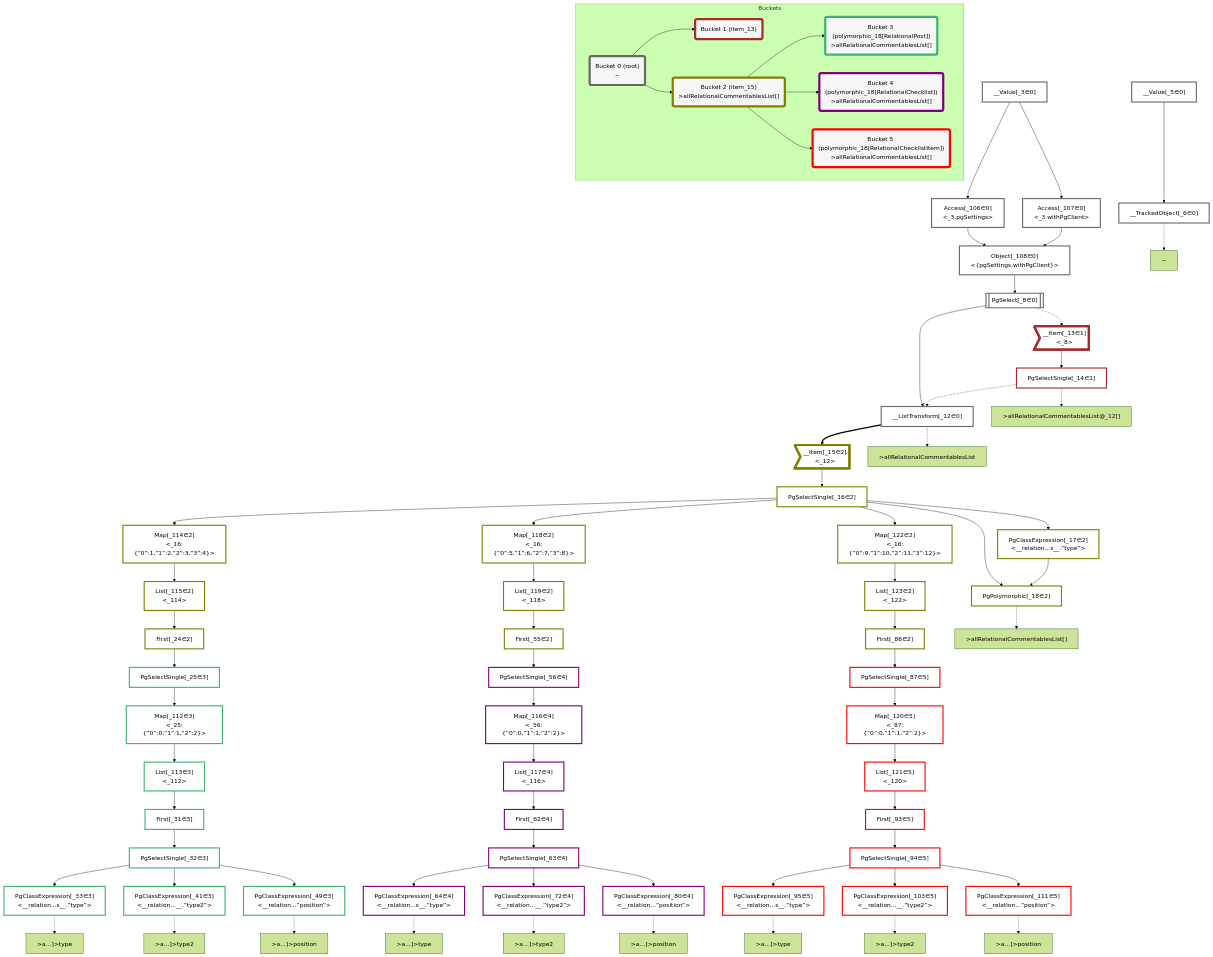
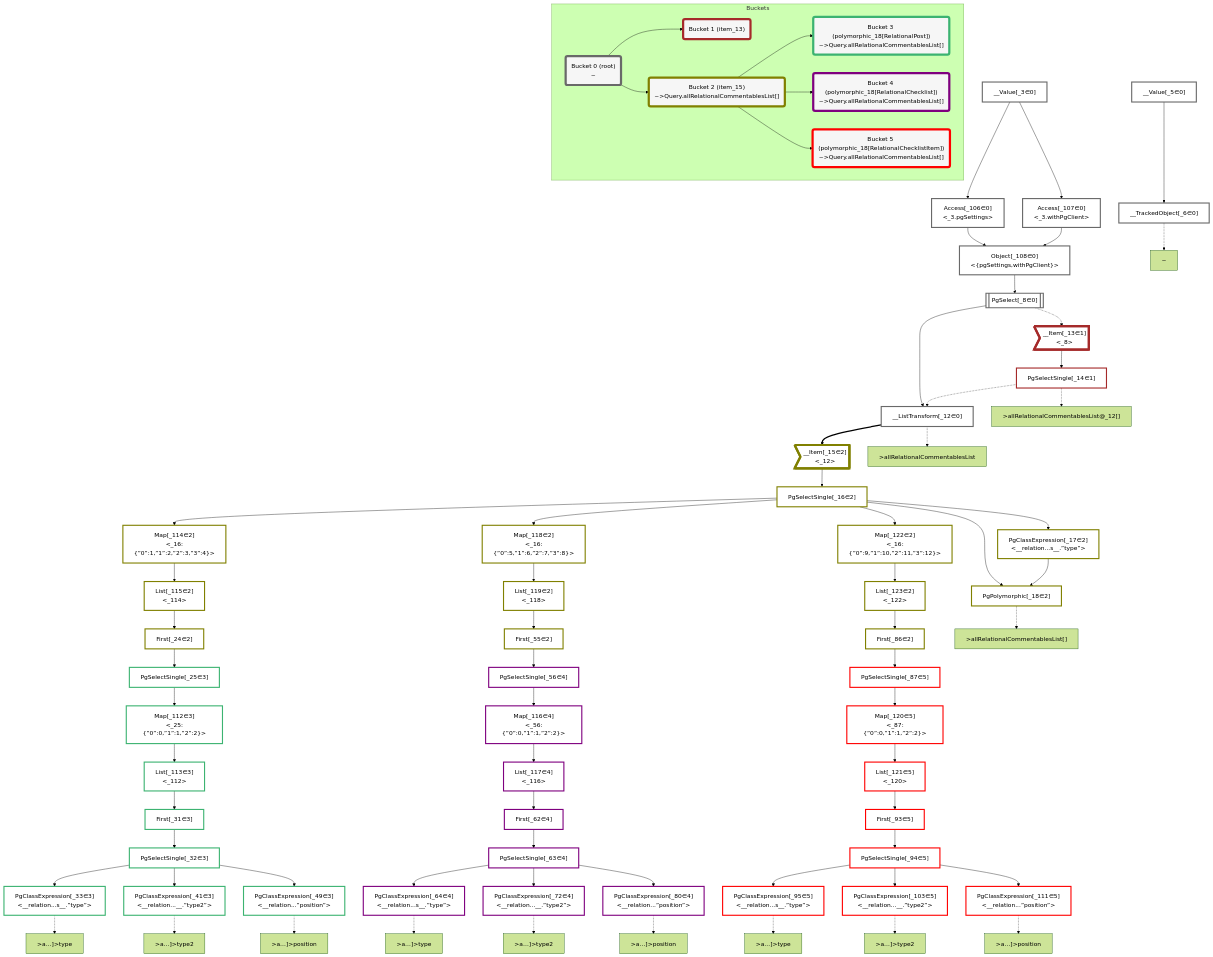
One commit to graphile/crystal changed the diagram in packages/dataplan-pg/__tests__/queries/interfaces-relational/commentables-simple.mermaid.md. Above: the diagram before and after it, drawn with Mermaid (forest theme). The commit also changed 141 other files, not shown here.

```diff
--- a/packages/dataplan-pg/__tests__/queries/interfaces-relational/commentables-simple.mermaid.md
+++ b/packages/dataplan-pg/__tests__/queries/interfaces-relational/commentables-simple.mermaid.md
@@ -154,16 +154,16 @@
     Bucket1("Bucket 1 (item_13)"):::bucket
     style Bucket1 stroke:#a52a2a
     Bucket0 --> Bucket1
-    Bucket2("Bucket 2 (item_15)<br />>allRelationalCommentablesList[]"):::bucket
+    Bucket2("Bucket 2 (item_15)<br />~>Query.allRelationalCommentablesList[]"):::bucket
     style Bucket2 stroke:#808000
     Bucket0 --> Bucket2
-    Bucket3("Bucket 3 (polymorphic_18[RelationalPost])<br />>allRelationalCommentablesList[]"):::bucket
+    Bucket3("Bucket 3 (polymorphic_18[RelationalPost])<br />~>Query.allRelationalCommentablesList[]"):::bucket
     style Bucket3 stroke:#3cb371
     Bucket2 --> Bucket3
-    Bucket4("Bucket 4 (polymorphic_18[RelationalChecklist])<br />>allRelationalCommentablesList[]"):::bucket
+    Bucket4("Bucket 4 (polymorphic_18[RelationalChecklist])<br />~>Query.allRelationalCommentablesList[]"):::bucket
     style Bucket4 stroke:#7f007f
     Bucket2 --> Bucket4
-    Bucket5("Bucket 5 (polymorphic_18[RelationalChecklistItem])<br />>allRelationalCommentablesList[]"):::bucket
+    Bucket5("Bucket 5 (polymorphic_18[RelationalChecklistItem])<br />~>Query.allRelationalCommentablesList[]"):::bucket
     style Bucket5 stroke:#ff0000
     Bucket2 --> Bucket5
     end
```
